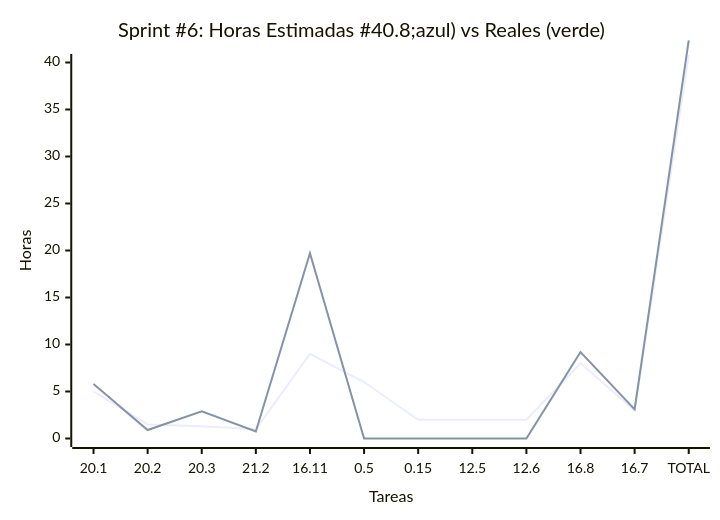
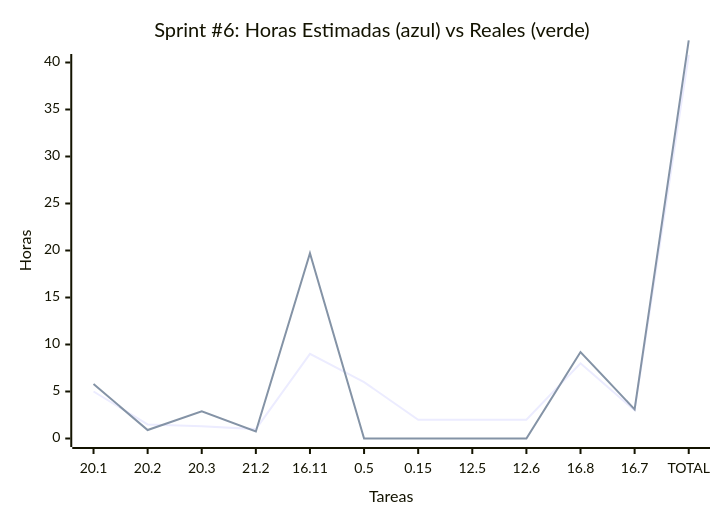
One commit to MarkMed/FleetMan changed the sixth of 6 diagrams in docs/SprintsPlanning.md. Above: the diagram before and after it, drawn with Mermaid.

Commit message:
Fix title formatting in Sprint #6 chart

````diff
--- a/docs/SprintsPlanning.md
+++ b/docs/SprintsPlanning.md
@@ -263,12 +263,12 @@
 ```mermaid
 xychart-beta
-    title "Sprint #6: Horas Estimadas #40.8;azul#41; vs Reales #40;verde#41;"
+    title "Sprint #6: Horas Estimadas  #40;azul#41; vs Reales #40;verde#41;"
     x-axis "Tareas" ["20.1", "20.2", "20.3", "21.2", "16.11", "0.5", "0.15", "12.5", "12.6", "16.8", "16.7", "TOTAL"]
     y-axis "Horas" 0 --> 40
     
     %% Green line (estimadas)
     line [5, 1.5, 1.3, 1, 9, 6, 2, 2, 2, 8, 3, 40.8]
 
     %% Black line (reales)
     line [5.8, 0.9, 2.9, 0.75, 19.7, 0, 0, 0, 0, 9.2, 3.1, 42.35]
 ```
````
